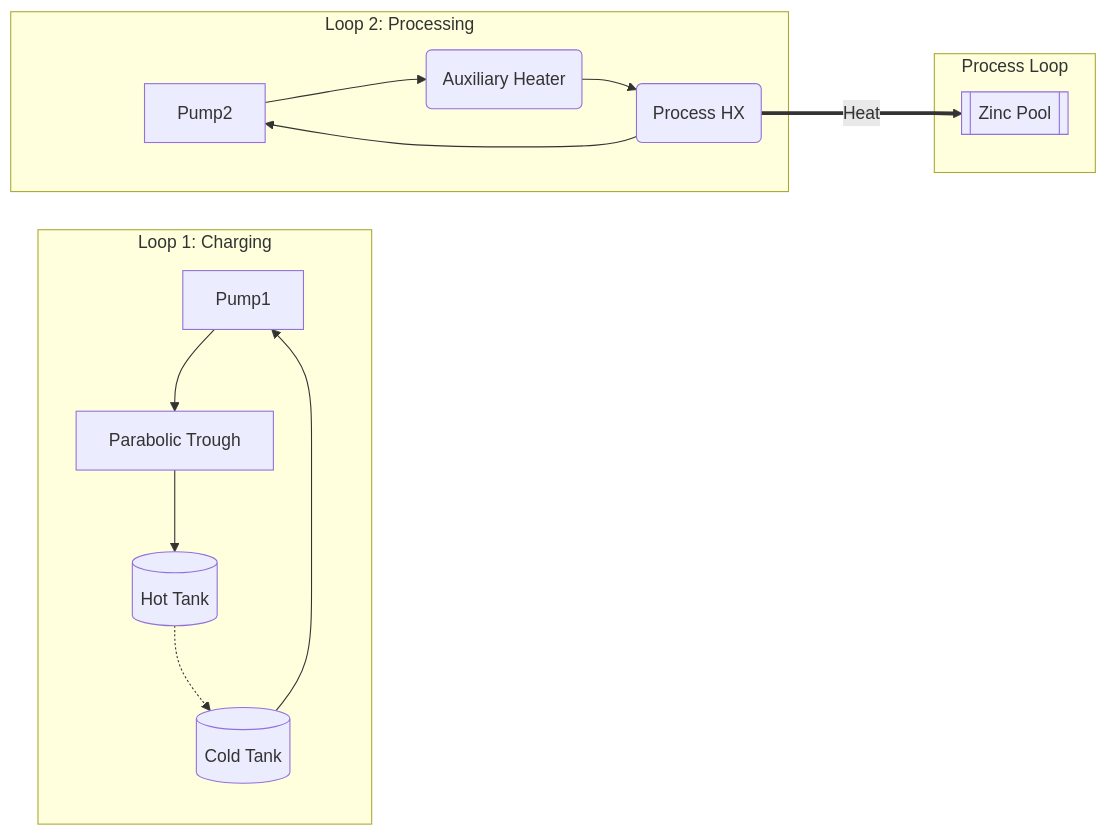
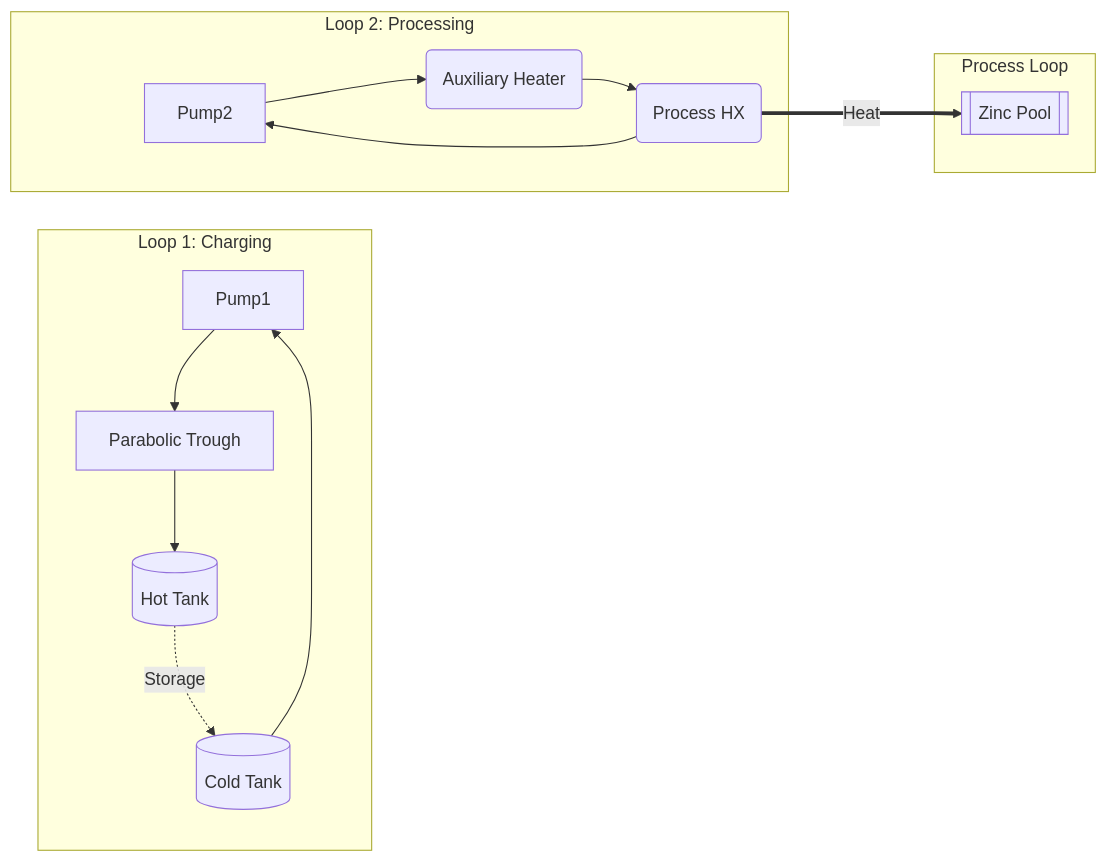
Diagram 14 of 14 in insumos paper/SYSTEM_LAYOUTS.md (iwolde/pbtes-sim), drawn with Mermaid before and after one commit. The commit also changed other lines of this file, not shown here.

````diff
--- a/insumos paper/SYSTEM_LAYOUTS.md
+++ b/insumos paper/SYSTEM_LAYOUTS.md
@@ -170,19 +268,18 @@
 ```mermaid
 graph LR
     subgraph Loop 1: Charging
         Pump1 --> PTC[Parabolic Trough]
         PTC --> HT[(Hot Tank)]
-        HT -.-> CT[(Cold Tank)]
+        HT -.->|Storage| CT[(Cold Tank)]
         CT --> Pump1
     end
-    
     subgraph Loop 2: Processing
         Pump2 --> AUX(Auxiliary Heater)
         AUX --> PHX(Process HX)
         PHX --> Pump2
     end
     
     subgraph Process Loop
         PHX ===>|Heat| ZP[[Zinc Pool]]
     end
 ```
````
